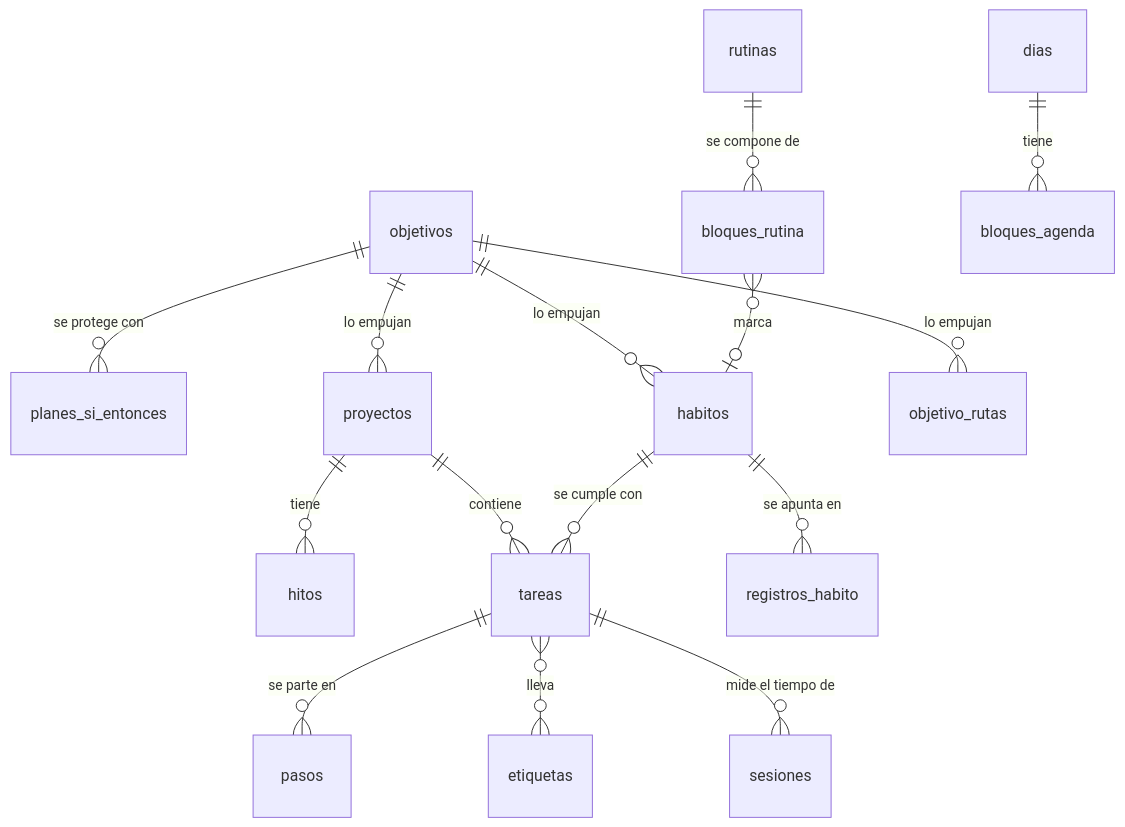
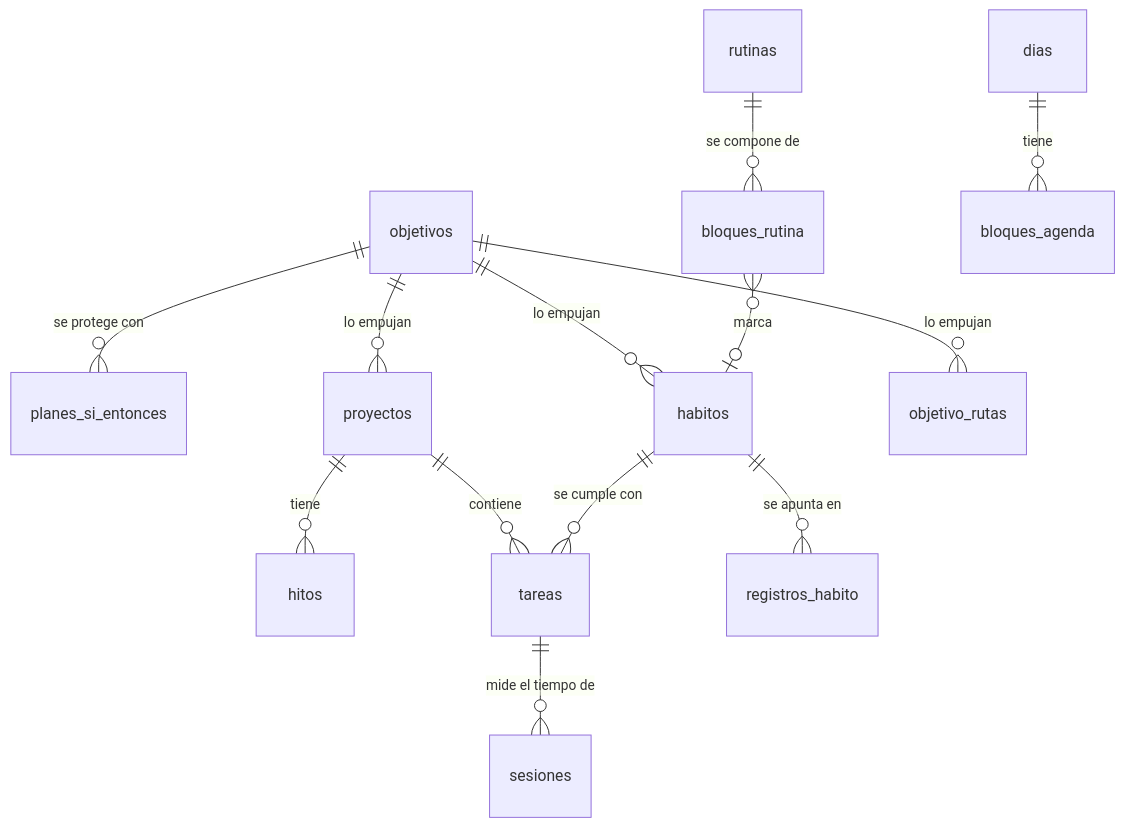
One commit to angelgmx/rumbo changed the diagram in docs/modelo-de-datos.md. Above: the diagram before and after it, drawn with Mermaid. The commit also changed other lines of this file and 36 other files, not shown here.

````diff
--- a/docs/modelo-de-datos.md
+++ b/docs/modelo-de-datos.md
@@ -24,17 +25,15 @@
 ```mermaid
 erDiagram
   objetivos ||--o{ planes_si_entonces : "se protege con"
   objetivos ||--o{ proyectos : "lo empujan"
   objetivos ||--o{ habitos : "lo empujan"
   objetivos ||--o{ objetivo_rutas : "lo empujan"
   proyectos ||--o{ hitos : tiene
   proyectos ||--o{ tareas : contiene
-  tareas ||--o{ pasos : "se parte en"
-  tareas }o--o{ etiquetas : lleva
   habitos ||--o{ registros_habito : "se apunta en"
   habitos ||--o{ tareas : "se cumple con"
   rutinas ||--o{ bloques_rutina : "se compone de"
   bloques_rutina }o--o| habitos : marca
   tareas ||--o{ sesiones : "mide el tiempo de"
   dias ||--o{ bloques_agenda : tiene
 ```
````
